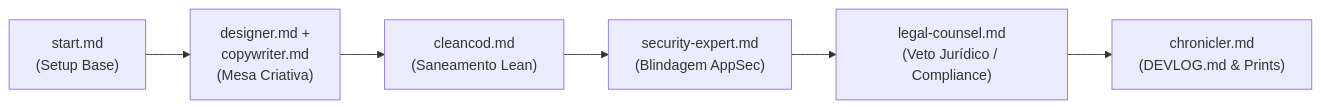
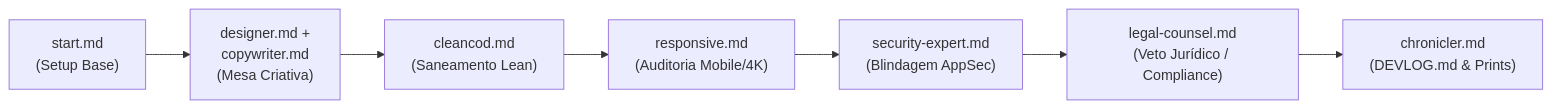
One commit to Mauthope/lean-flow-system changed the diagram in agents/README.md. Above: the diagram before and after it, drawn with Mermaid. The commit also changed other lines of this file and 23 other files, not shown here.

````diff
--- a/agents/README.md
+++ b/agents/README.md
@@ -36,8 +37,9 @@
 ```mermaid
 flowchart LR
     A["start.md<br>(Setup Base)"] --> B["designer.md +<br>copywriter.md<br>(Mesa Criativa)"]
     B --> C["cleancod.md<br>(Saneamento Lean)"]
-    C --> D["security-expert.md<br>(Blindagem AppSec)"]
-    D --> E["legal-counsel.md<br>(Veto Jurídico / Compliance)"]
-    E --> F["chronicler.md<br>(DEVLOG.md & Prints)"]
+    C --> D["responsive.md<br>(Auditoria Mobile/4K)"]
+    D --> E["security-expert.md<br>(Blindagem AppSec)"]
+    E --> F["legal-counsel.md<br>(Veto Jurídico / Compliance)"]
+    F --> G["chronicler.md<br>(DEVLOG.md & Prints)"]
 ```
````
